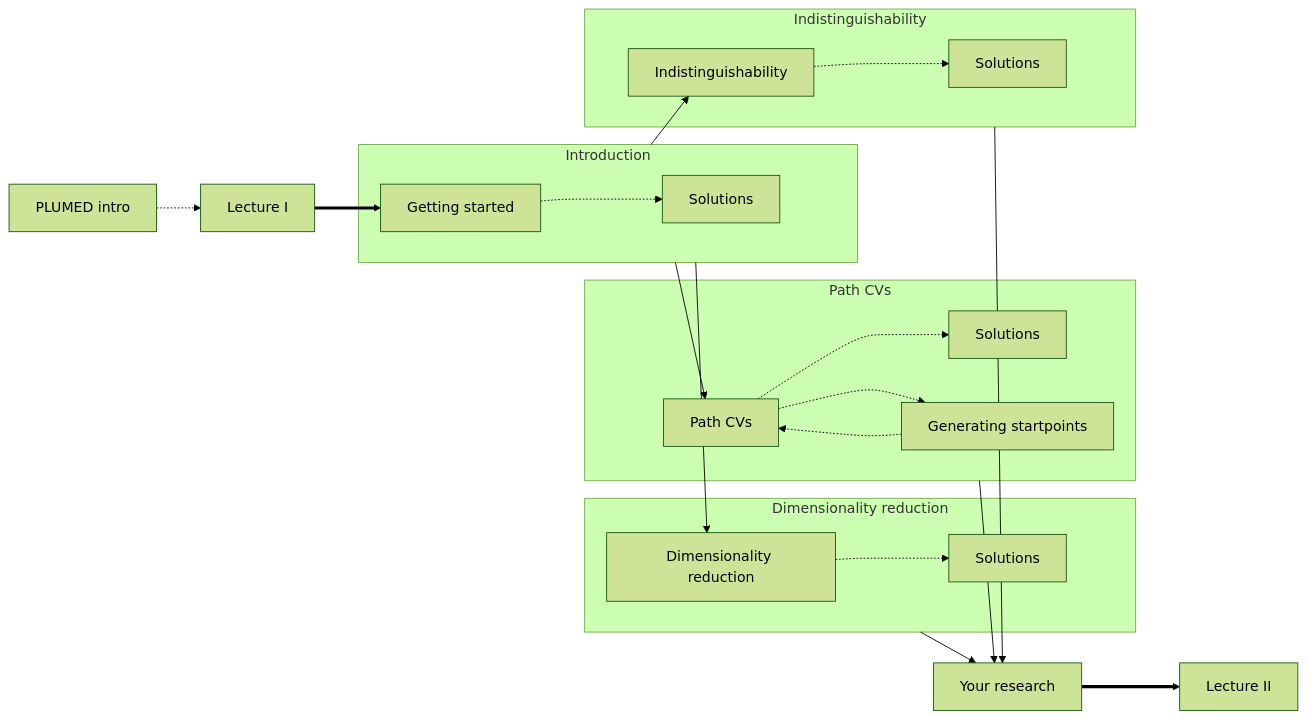
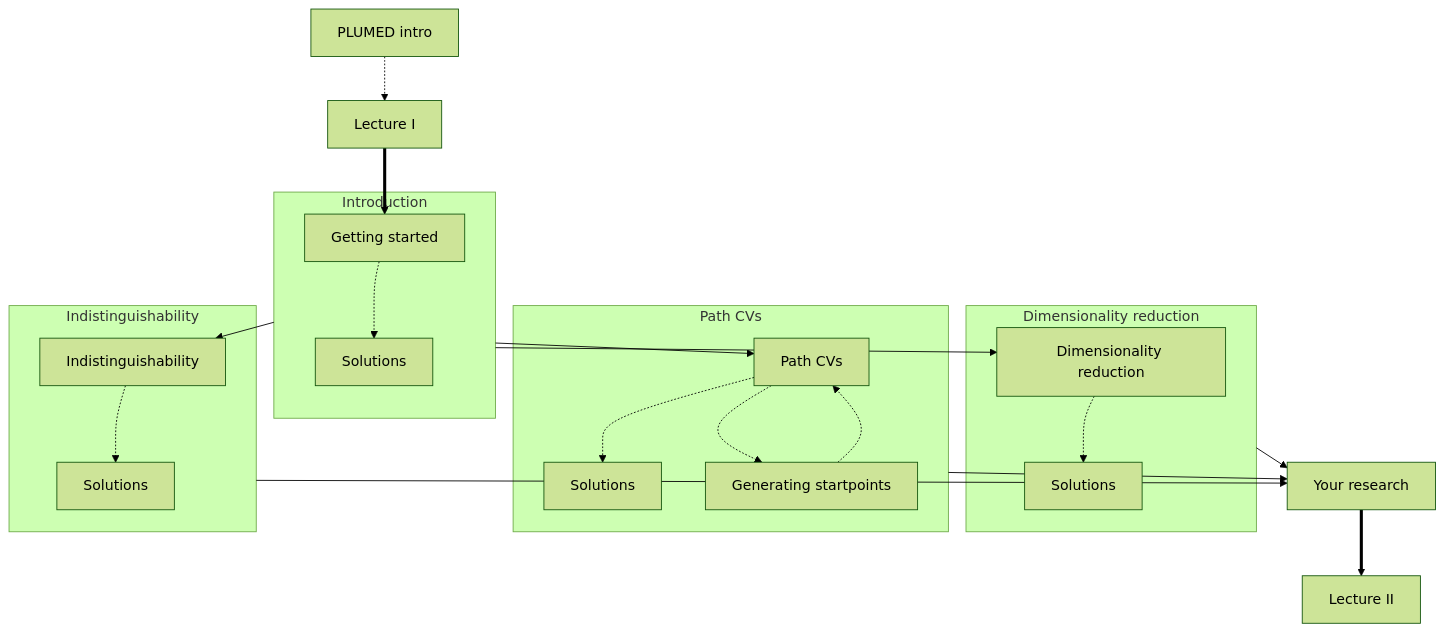
The diagram in NAVIGATION.md (plumed/masterclass-21-6), drawn with Mermaid (forest theme) before and after one commit.

````diff
--- a/NAVIGATION.md
+++ b/NAVIGATION.md
@@ -13,39 +13,39 @@
 ```mermaid
-flowchart LR;
+flowchart TB;
   A[PLUMED intro] -.-> B[Lecture I] 
   B ==> C[Getting started]
   subgraph one [Introduction];
   C -.-> D[Solutions]
   end
   one --> E[Dimensionality reduction]
   one --> F[Path CVs]
   one --> G[Indistinguishability]
   H ==> I[Lecture II]
   subgraph two [Dimensionality reduction]
   E -.-> J[Solutions]
   end
   subgraph three [Path CVs]
   F -.-> K[Solutions]
   F -.-> M[Generating startpoints]
   M -.-> F
   end
   subgraph four [Indistinguishability]
   G -.-> L[Solutions]
   end
   two --> H[Your research] 
   three --> H
   four --> H
   click A "ref1" "This elementary lesson shows you how to install PLUMED and some basic and more advanced syntax. You will only need to complete up to exercise 1 of this earlier lesson to complete these exercises on dimensionality reduction"
   click B "video1" "A lecture that was given on April 12th 2021 as part of the plumed masterclass series that introduces you to the exercises in this lesson"
   click C "INSTRUCTIONS1.md" "Installation instructions followed by a discussion of how to run PLUMED from python direction and how to use chemiscope to visualize trajectories"
   click D "notebooks/plumed-and-python-exercises-1-and-2.ipynb" "This python notebook contains a full set of solutions for the exercises that show how you can call PLUMED from a jupyter notebook"
   click E "DIMENSIONALITY.md" "An introduction to running various different types of dimensionality reduction algorithms on trajectories"
   click F "PATHS.md" "An introduction to path collective variables and the isocommittor"
   click G "INDISTINGUISHABILITY.md" "An introduction to methods for dealing with systems of indistinguishable particles"
   click H "WRAPUP.md" "Some advice on using the methods discussed in this tutorial in your own research"
   click I "video2" "A lecture that was given on April 19th 2021 as part of the plumed masterclass series that goes through the solutions to the exercises in the lesson"
   click J "notebooks/dimensionality-reduction-exercise-3.ipynb" "This python notebook contains a full set of solutions for the exercises on dimensionality reduction techniques"
   click K "notebooks/path-cvs-exercise-4.ipynb" "This python notebook contains a full set of solutions for the exercises on path collective variables"
   click L "notebooks/indistinguishability-ex-5.ipynb" "This python notebook contains a full set of solutions for the exercises on dealing with systems of indistiguishable particles"
   click M "notebooks/create_startpoints.ipynb" "This python notebook shows how I generated a series of random startpoints for the isocommittor simulations that were used in the exercise on path CVs"
 ```
````
